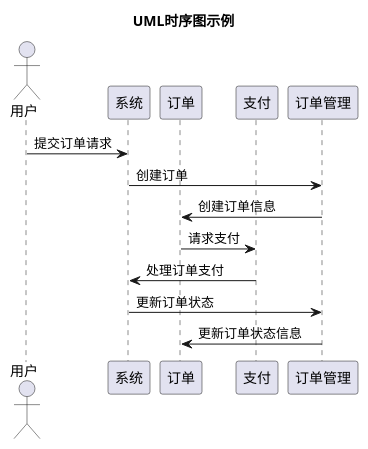
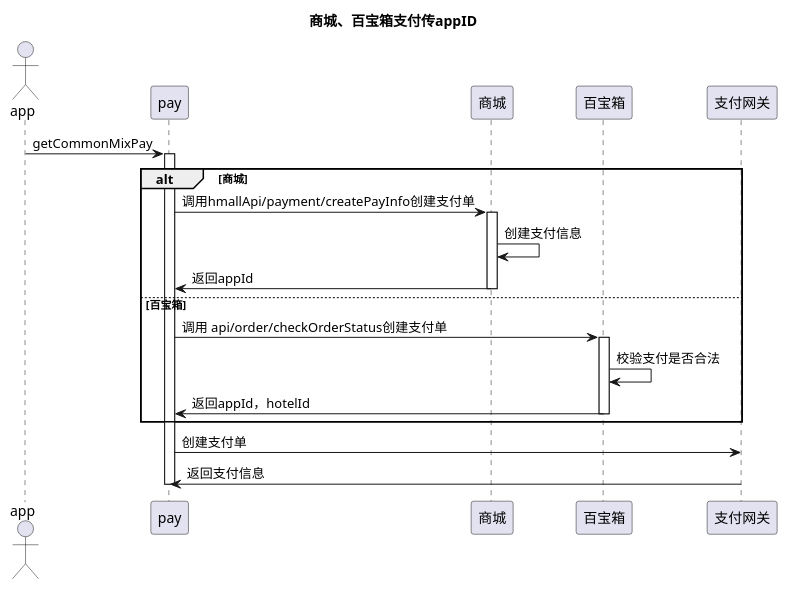
Before and after one commit to tuyongjian/Study: the diagram in src/main/java/com/tu/study/util/demo.puml, drawn with PlantUML. The commit also changed 3 other files, not shown here.

```diff
--- a/src/main/java/com/tu/study/util/demo.puml
+++ b/src/main/java/com/tu/study/util/demo.puml
@@ -1,17 +1,30 @@
 @startuml
-title UML时序图示例
+title 商城、百宝箱支付传appID
+actor app as user
+participant "pay" as pay
+participant "商城" as 商城
+participant "百宝箱" as 百宝箱
+participant "支付网关" as 支付网关
 
-actor 用户
-participant 系统
-participant 订单
-participant 支付
-participant 订单管理
 
-用户 -> 系统:提交订单请求
-系统 -> 订单管理:创建订单
-订单管理 -> 订单:创建订单信息
-订单 -> 支付:请求支付
-支付 -> 系统:处理订单支付
-系统 -> 订单管理:更新订单状态
-订单管理 -> 订单:更新订单状态信息
+user-> pay:getCommonMixPay
+activate pay
+
+alt  商城
+    pay-> 商城: 调用hmallApi/payment/createPayInfo创建支付单
+    activate 商城
+    商城 -> 商城: 创建支付信息
+    商城 -> pay: 返回appId
+    deactivate 商城
+else 百宝箱
+   pay-> 百宝箱: 调用 api/order/checkOrderStatus创建支付单
+   activate 百宝箱
+   百宝箱 -> 百宝箱: 校验支付是否合法
+   百宝箱 -> pay: 返回appId，hotelId
+   deactivate 百宝箱
+end
+
+pay -> 支付网关: 创建支付单
+支付网关 -> pay: 返回支付信息
+deactivate pay
 @enduml
```
